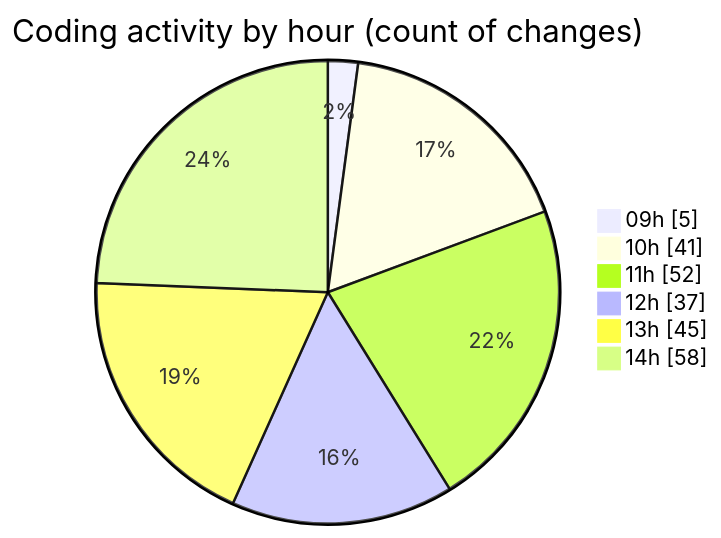
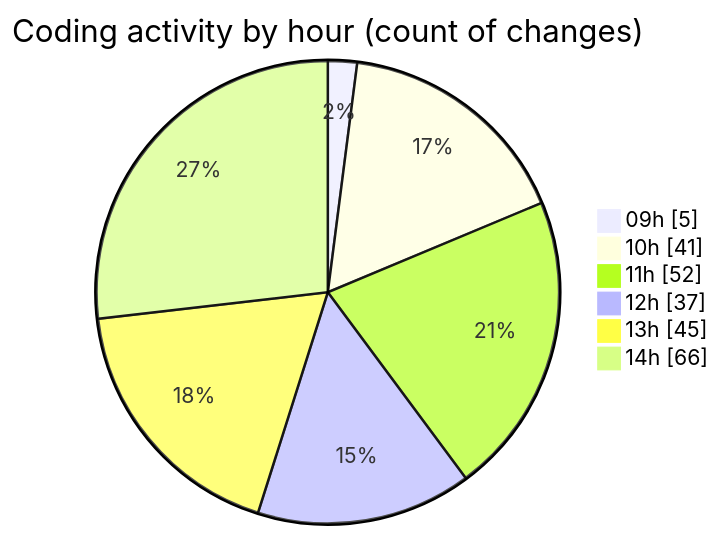
The second of 2 diagrams in 2026-04-27/cda/README.md (momahboobian/code-tracking), drawn with Mermaid before and after one commit. The commit also changed other lines of this file and 1 other file, not shown here.

````diff
--- a/2026-04-27/cda/README.md
+++ b/2026-04-27/cda/README.md
@@ -58,10 +58,10 @@
 ```mermaid
 pie showData
 title Coding activity by hour (count of changes)
 "09h" : 5
 "10h" : 41
 "11h" : 52
 "12h" : 37
 "13h" : 45
-"14h" : 58
+"14h" : 66
 ```
````
